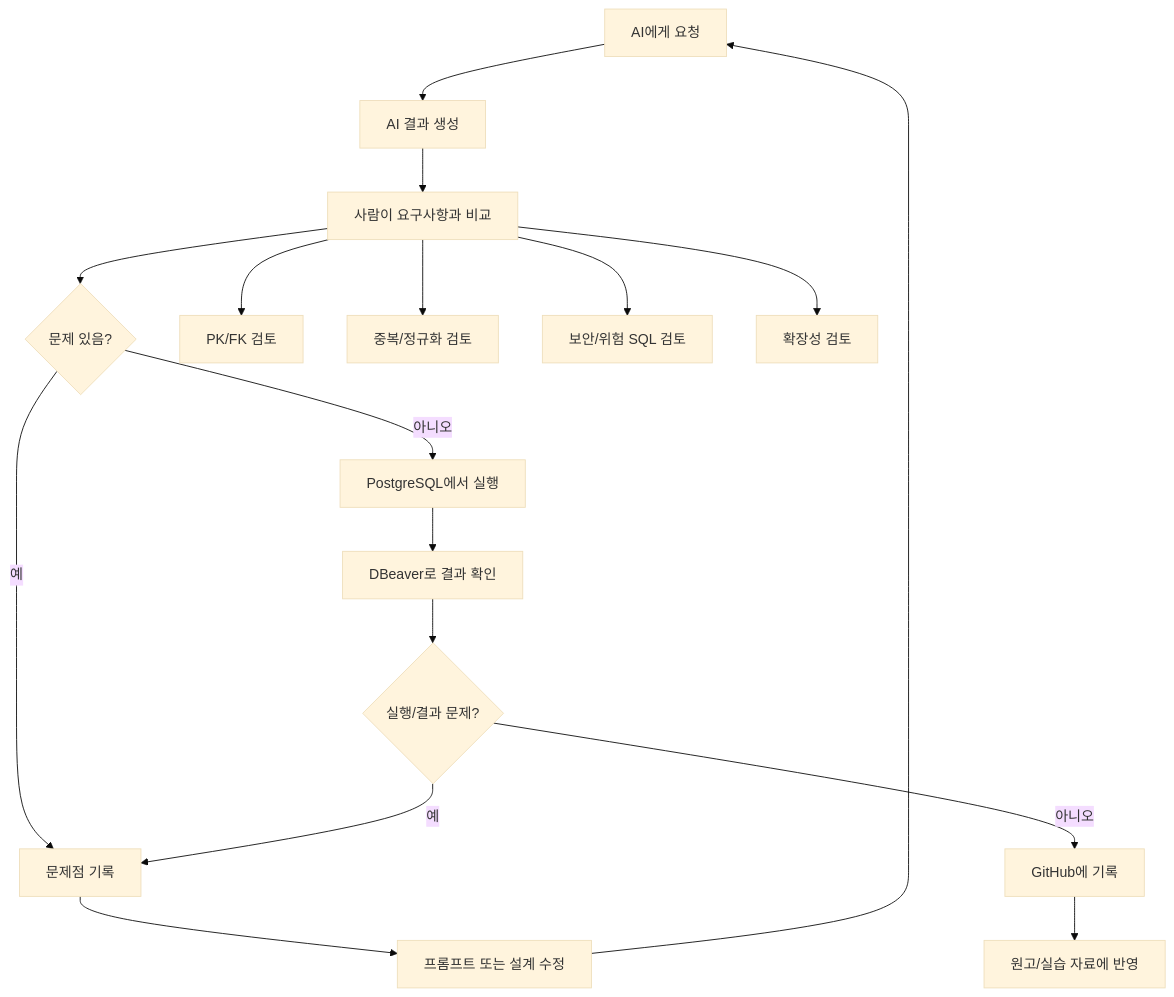
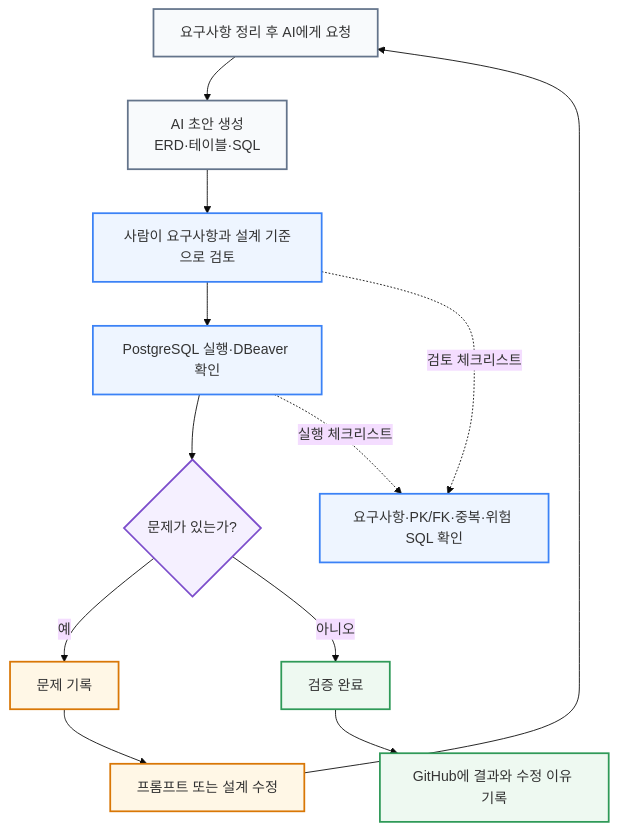
One commit to GilbertMoon/ai-database-book changed the diagram in images/chapter01/ch01_04_ai_result_verification_cycle.mmd. Above: the diagram before and after it, drawn with Mermaid (base theme). The commit also changed 11 other files, not shown here.

```diff
--- a/images/chapter01/ch01_04_ai_result_verification_cycle.mmd
+++ b/images/chapter01/ch01_04_ai_result_verification_cycle.mmd
@@ -1,18 +1,27 @@
 flowchart TD
-    A[AI에게 요청] --> B[AI 결과 생성]
-    B --> C[사람이 요구사항과 비교]
-    C --> D{문제 있음?}
-    D -- 예 --> E[문제점 기록]
-    E --> F[프롬프트 또는 설계 수정]
-    F --> A
-    D -- 아니오 --> G[PostgreSQL에서 실행]
-    G --> H[DBeaver로 결과 확인]
-    H --> I{실행/결과 문제?}
-    I -- 예 --> E
-    I -- 아니오 --> J[GitHub에 기록]
-    J --> K[원고/실습 자료에 반영]
+    A[요구사항 정리 후 AI에게 요청] --> B[AI 초안 생성<br/>ERD·테이블·SQL]
+    B --> C[사람이 요구사항과 설계 기준으로 검토]
+    C --> D[PostgreSQL 실행·DBeaver 확인]
+    D --> E{문제가 있는가?}
 
-    C --> C1[PK/FK 검토]
-    C --> C2[중복/정규화 검토]
-    C --> C3[보안/위험 SQL 검토]
-    C --> C4[확장성 검토]
+    C -. 검토 체크리스트 .-> C1[요구사항·PK/FK·중복·위험 SQL 확인]
+    D -. 실행 체크리스트 .-> C1
+
+    E -- 예 --> F[문제 기록]
+    F --> G[프롬프트 또는 설계 수정]
+    G --> A
+
+    E -- 아니오 --> H[검증 완료]
+    H --> I[GitHub에 결과와 수정 이유 기록]
+
+    classDef step fill:#f8fafc,stroke:#64748b,stroke-width:2px;
+    classDef review fill:#eef5ff,stroke:#3b82f6,stroke-width:2px;
+    classDef decision fill:#f5f0ff,stroke:#7c4dcb,stroke-width:2px;
+    classDef fix fill:#fff7e6,stroke:#d97706,stroke-width:2px;
+    classDef done fill:#eef9f1,stroke:#2f9a58,stroke-width:2px;
+
+    class A,B step;
+    class C,D,C1 review;
+    class E decision;
+    class F,G fix;
+    class H,I done;
```
